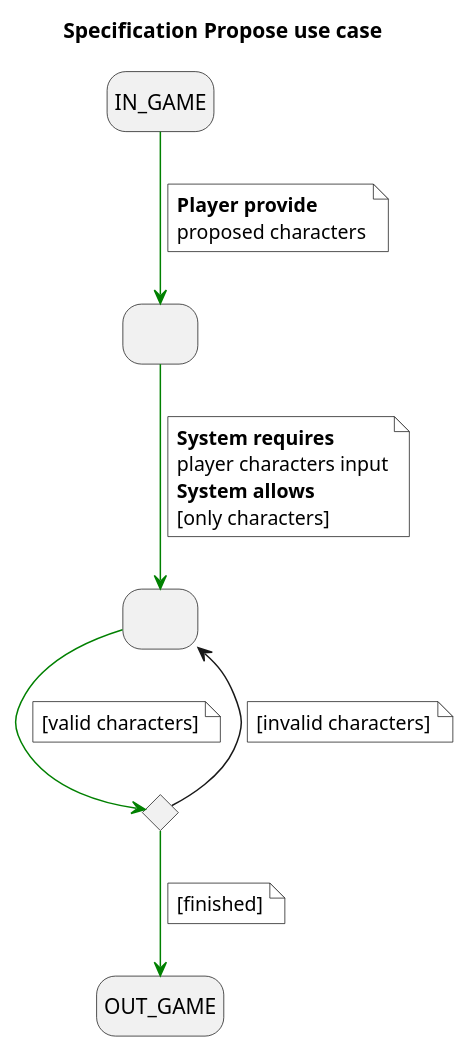
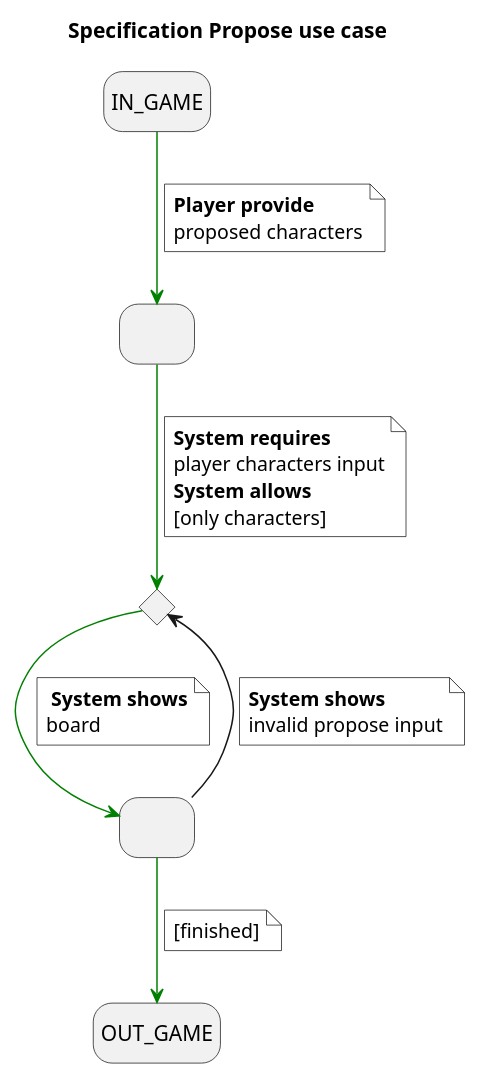
The diagram in requirements/userCase/specificationProposeUseCase.puml (jumpering/Hanged), drawn with PlantUML before and after one commit. The commit also changed 4 other files, not shown here.

```diff
--- a/requirements/userCase/specificationProposeUseCase.puml
+++ b/requirements/userCase/specificationProposeUseCase.puml
@@ -1,33 +1,35 @@
 @startuml
 title Specification Propose use case
 skinparam NoteBackgroundColor white
 hide empty description
 state userRequiresCompareWord as " "
 state compareWord as " "
 state ifValidPropose <<choice>>
 
 IN_GAME -[#green]-> userRequiresCompareWord
 note on link #white
   <b>Player provide
   proposed characters
 end note
-userRequiresCompareWord -[#green]-> compareWord
+userRequiresCompareWord -[#green]-> ifValidPropose
 note on link #white
   <b>System requires
   player characters input
   <b>System allows
   [only characters]
 end note
-compareWord -[#green]-> ifValidPropose
+ifValidPropose -[#green]-> compareWord
 note on link #white
-  [valid characters]
+  <b>System shows
+ board
 end note
-ifValidPropose --> compareWord
+compareWord --> ifValidPropose
 note on link #white
-  [invalid characters]
+  <b>System shows
+  invalid propose input
 end note
-ifValidPropose -[#green]-> OUT_GAME
+compareWord -[#green]-> OUT_GAME
 note on link #white
   [finished]
 end note
 @enduml
```
